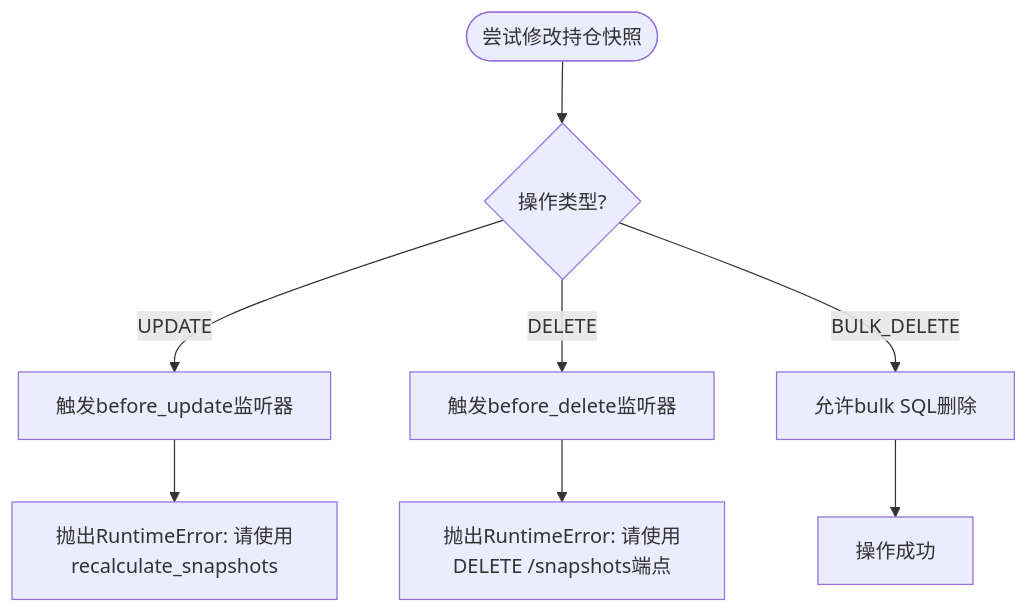
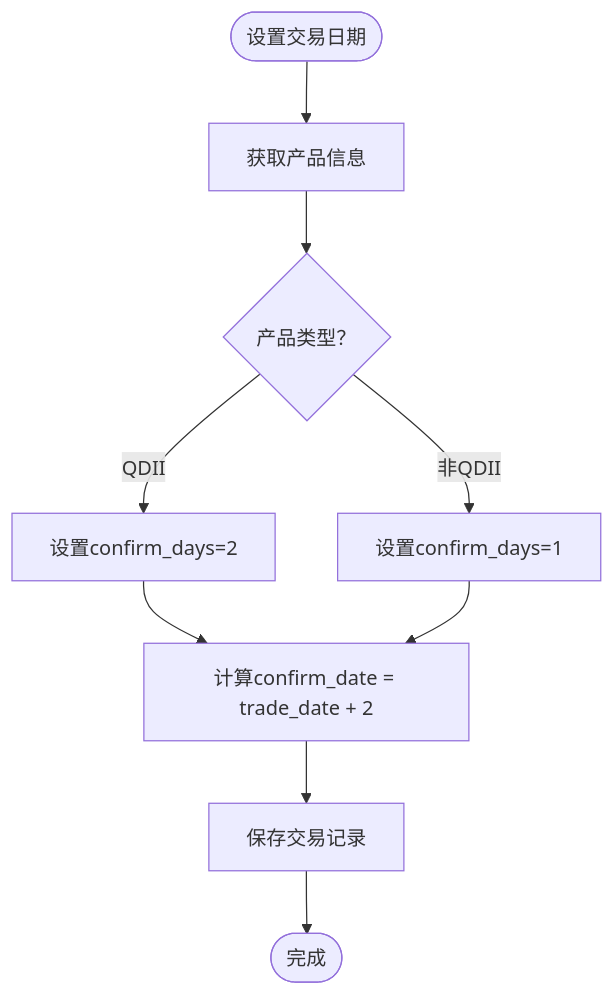
Before and after one commit to gujialind/InvestRing: the sixth of 15 diagrams in .qoder/repowiki/zh/content/核心业务功能/交易处理.md, drawn with Mermaid. The commit also changed other lines of this file and 65 other files, not shown here.

````diff
--- a/.qoder/repowiki/zh/content/核心业务功能/交易处理.md
+++ b/.qoder/repowiki/zh/content/核心业务功能/交易处理.md
@@ -387,10 +356,11 @@
 ```mermaid
 flowchart TD
-Start(["尝试修改持仓快照"]) --> CheckType{"操作类型?"}
-CheckType --> |UPDATE| BlockUpdate["触发before_update监听器"]
-CheckType --> |DELETE| BlockDelete["触发before_delete监听器"]
-BlockUpdate --> Error1["抛出RuntimeError: 请使用recalculate_snapshots"]
-BlockDelete --> Error2["抛出RuntimeError: 请使用DELETE /snapshots端点"]
-CheckType --> |BULK_DELETE| AllowBulk["允许bulk SQL删除"]
-AllowBulk --> Success["操作成功"]
+Start(["设置交易日期"]) --> GetProduct["获取产品信息"]
+GetProduct --> CheckType{"产品类型？"}
+CheckType --> |QDII| SetDays2["设置confirm_days=2"]
+CheckType --> |非QDII| SetDays1["设置confirm_days=1"]
+SetDays2 --> CalcConfirm["计算confirm_date = trade_date + 2"]
+SetDays1 --> CalcConfirm
+CalcConfirm --> SaveTrade["保存交易记录"]
+SaveTrade --> Complete(["完成"])
 ```
````
